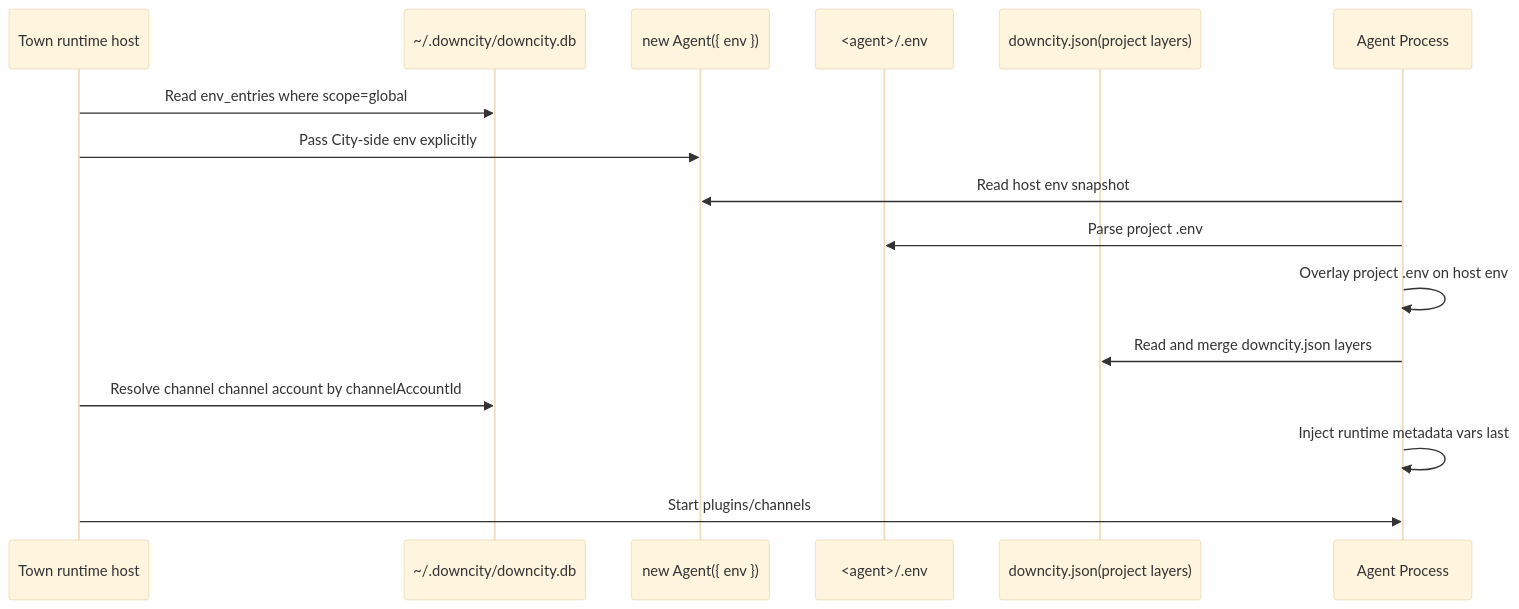
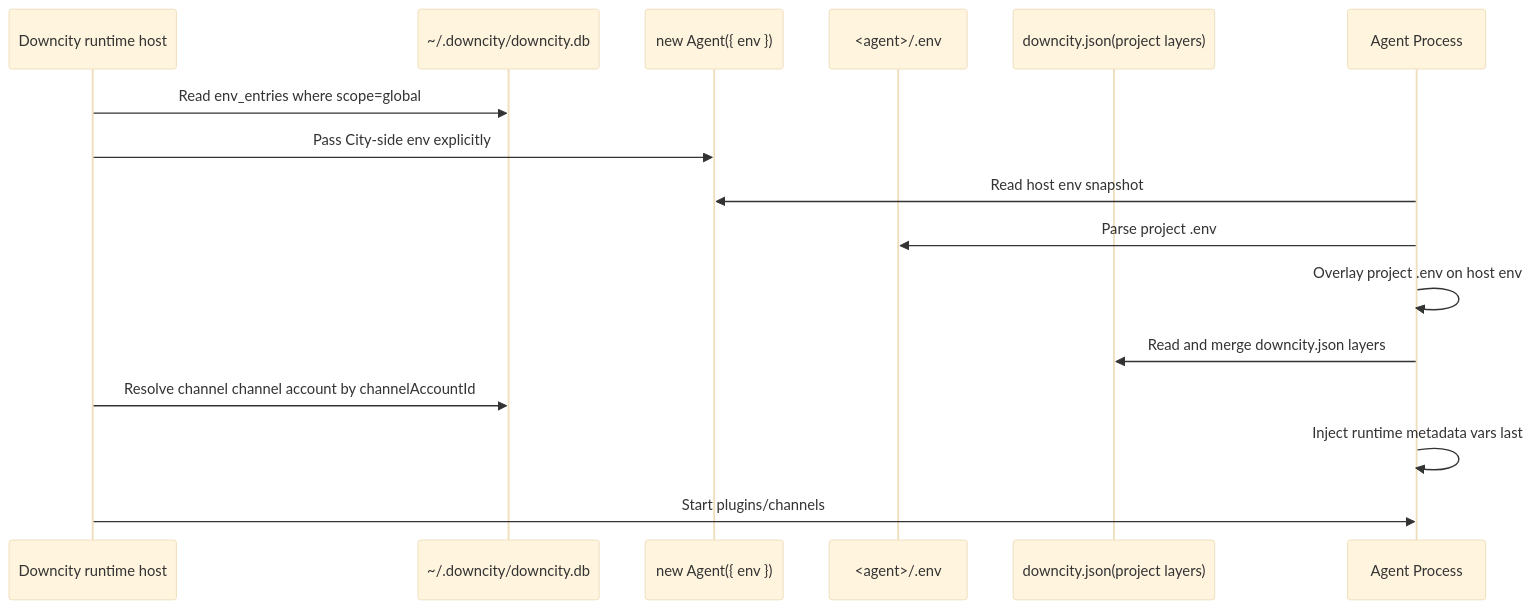
One commit to wangenius/downcity changed the first of 2 diagrams in homepage/content/docs/en/configuration/environment-variables.mdx. Above: the diagram before and after it, drawn with Mermaid (base theme). The commit also changed other lines of this file and 1267 other files, not shown here.

First line of the commit message:
refactor(agent,cli,homepage): 统一代码注释与文档术语 town → downcity/city

````diff
--- a/homepage/content/docs/en/configuration/environment-variables.mdx
+++ b/homepage/content/docs/en/configuration/environment-variables.mdx
@@ -37,19 +37,19 @@
 ```mermaid
 sequenceDiagram
-  participant CLI as Town runtime host
+  participant CLI as Downcity runtime host
   participant DB as ~/.downcity/downcity.db
   participant HOST as new Agent({ env })
   participant ENV as <agent>/.env
   participant JSON as downcity.json(project layers)
   participant RT as Agent Process
 
   CLI->>DB: Read env_entries where scope=global
   CLI->>HOST: Pass City-side env explicitly
   RT->>HOST: Read host env snapshot
   RT->>ENV: Parse project .env
   RT->>RT: Overlay project .env on host env
   RT->>JSON: Read and merge downcity.json layers
   CLI->>DB: Resolve channel channel account by channelAccountId
   RT->>RT: Inject runtime metadata vars last
   CLI->>RT: Start plugins/channels
 ```
````
